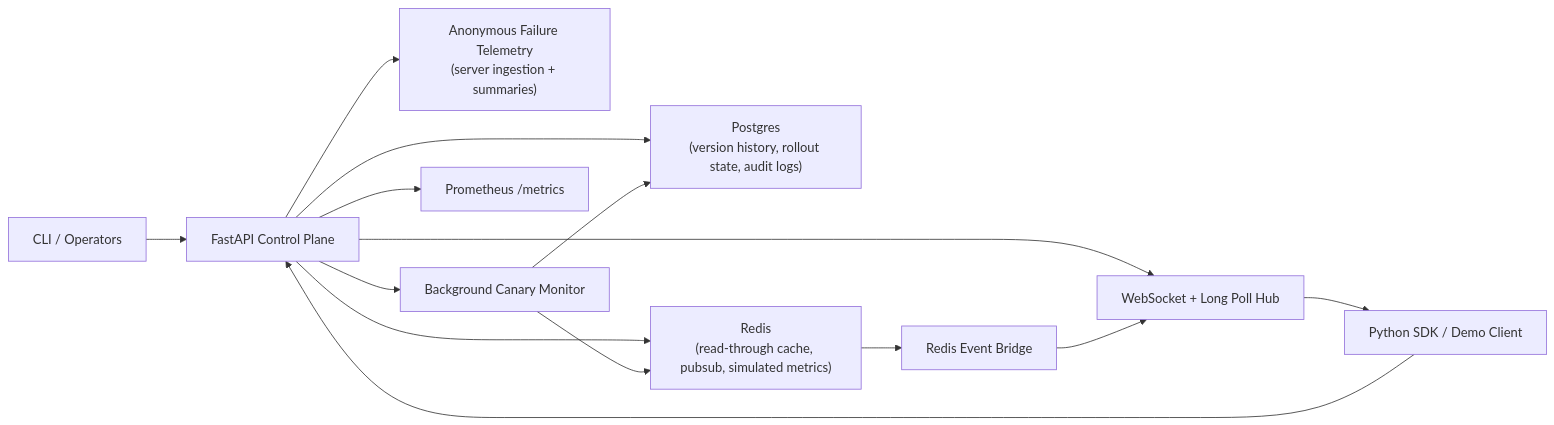
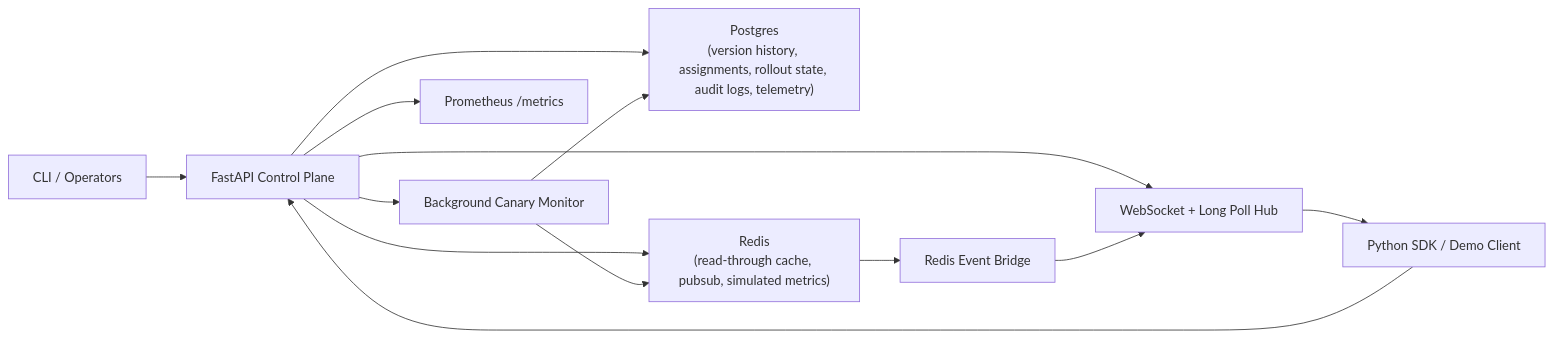
The diagram in docs/architecture.md (Nava-deep/ConfigControl), drawn with Mermaid before and after one commit. The commit also changed other lines of this file and 28 other files, not shown here.

````diff
--- a/docs/architecture.md
+++ b/docs/architecture.md
@@ -3,16 +3,15 @@
 ```mermaid
 flowchart LR
     CLI["CLI / Operators"] --> API["FastAPI Control Plane"]
     SDK["Python SDK / Demo Client"] --> API
-    API --> PG["Postgres\n(version history, rollout state, audit logs)"]
+    API --> PG["Postgres\n(version history, assignments, rollout state, audit logs, telemetry)"]
     API --> REDIS["Redis\n(read-through cache, pubsub, simulated metrics)"]
-    API --> TELEMETRY["Anonymous Failure Telemetry\n(server ingestion + summaries)"]
     API --> WS["WebSocket + Long Poll Hub"]
     REDIS --> RELAY["Redis Event Bridge"]
     RELAY --> WS
     WS --> SDK
     API --> CANARY["Background Canary Monitor"]
     CANARY --> PG
     CANARY --> REDIS
     API --> METRICS["Prometheus /metrics"]
 ```
````
